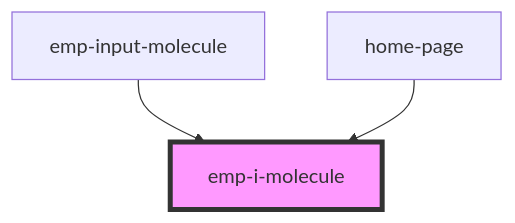
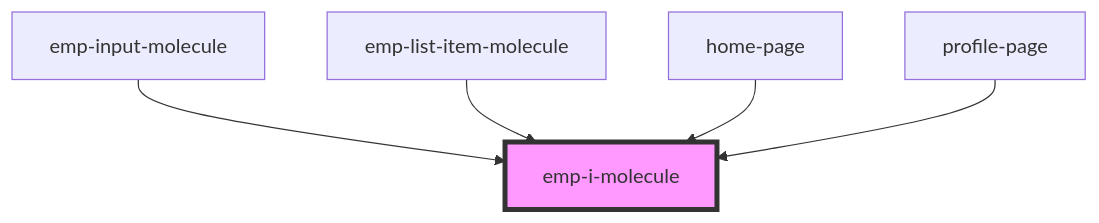
One commit to Flowrome/empatica changed the diagram in empatica-frontend/src/components/molecules/emp-i.molecule/readme.md. Above: the diagram before and after it, drawn with Mermaid. The commit also changed other lines of this file and 17 other files, not shown here.

````diff
--- a/empatica-frontend/src/components/molecules/emp-i.molecule/readme.md
+++ b/empatica-frontend/src/components/molecules/emp-i.molecule/readme.md
@@ -25,6 +27,8 @@
 ```mermaid
 graph TD;
   emp-input-molecule --> emp-i-molecule
+  emp-list-item-molecule --> emp-i-molecule
   home-page --> emp-i-molecule
+  profile-page --> emp-i-molecule
   style emp-i-molecule fill:#f9f,stroke:#333,stroke-width:4px
 ```
````
